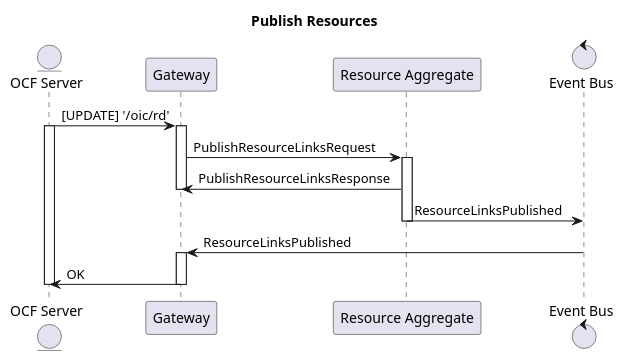
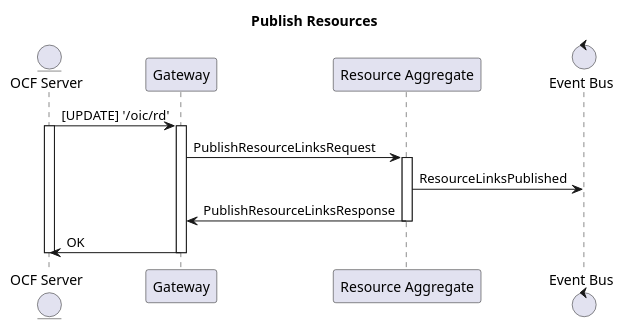
Before and after one commit to plgd-dev/hub: the first of 11 diagrams in resource-aggregate/.plantuml, drawn with PlantUML. The commit also changed other lines of this file and 3 other files, not shown here.

```diff
--- a/resource-aggregate/.plantuml
+++ b/resource-aggregate/.plantuml
@@ -1,25 +1,22 @@
 @startuml
 
 title "Publish Resources"
 
 entity "OCF Server" as Server
 participant "Gateway" as Gateway
 participant "Resource Aggregate" as ResourceAggregate
 control "Event Bus" as Bus
 
 Server -> Gateway : [UPDATE] '/oic/rd'
 activate Server
 activate Gateway
 Gateway -> ResourceAggregate : PublishResourceLinksRequest
 activate ResourceAggregate
+ResourceAggregate -> Bus : ResourceLinksPublished
 ResourceAggregate -> Gateway : PublishResourceLinksResponse
-deactivate Gateway
-ResourceAggregate -> Bus : ResourceLinksPublished
 deactivate ResourceAggregate
-Gateway <- Bus: ResourceLinksPublished
-activate Gateway
 Gateway -> Server : OK
 deactivate Gateway
 deactivate Server
 
 @enduml
```
